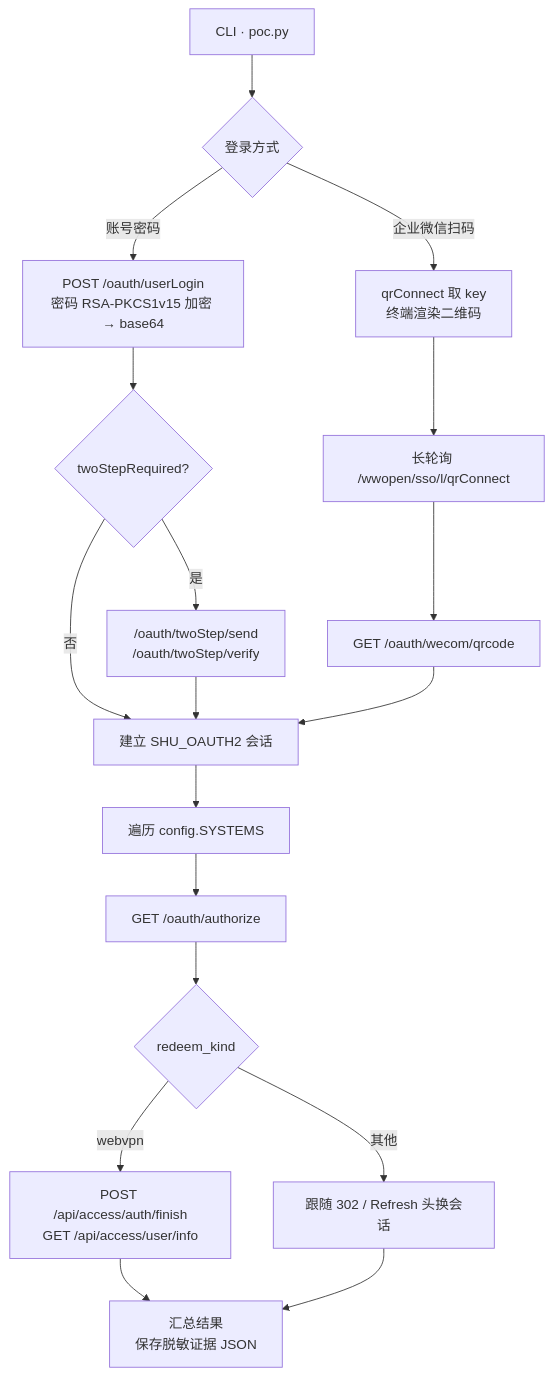
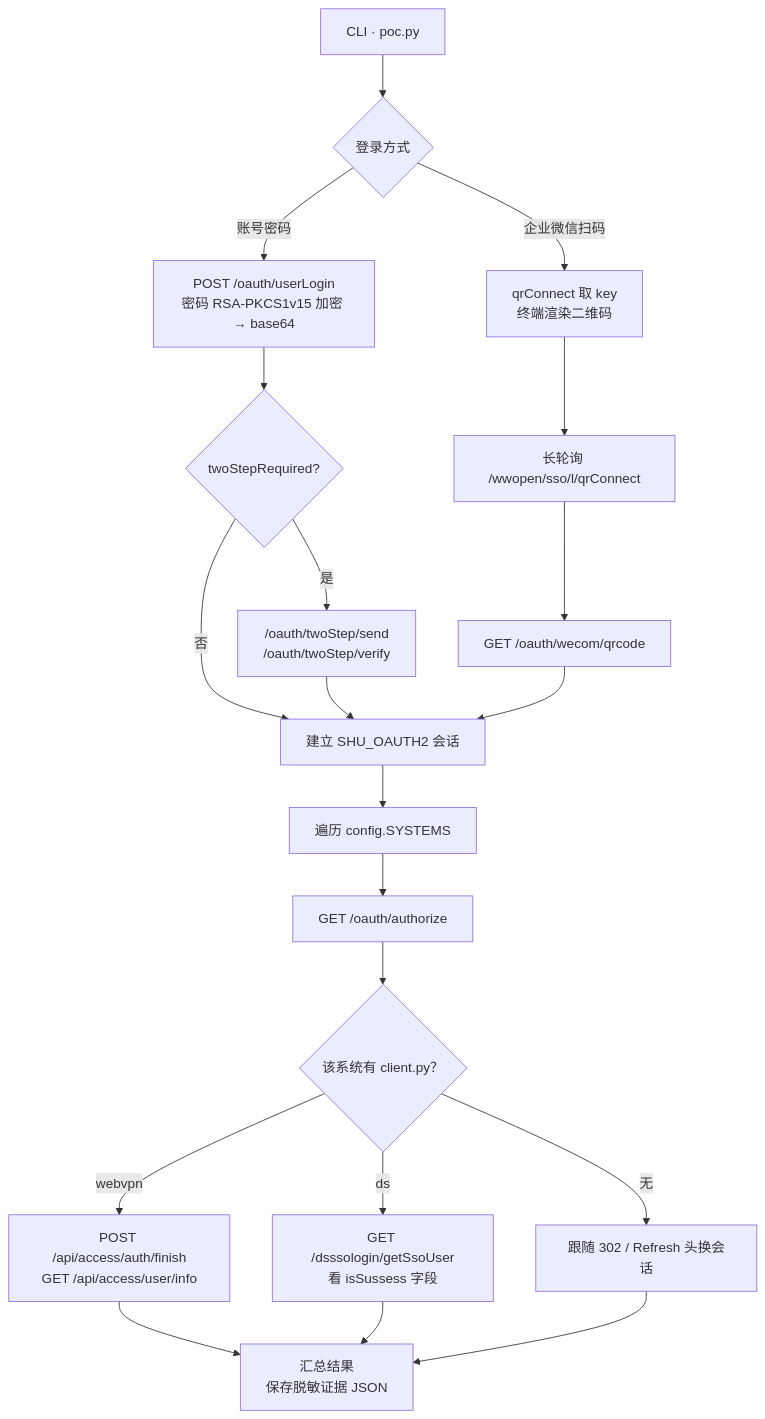
Before and after one commit to preca-hoshino/shu-sso-poc: the diagram in README.md, drawn with Mermaid. The commit also changed other lines of this file, not shown here.

````diff
--- a/README.md
+++ b/README.md
@@ -18,20 +18,22 @@
 ```mermaid
 flowchart TD
     A["CLI · poc.py"] --> B{"登录方式"}
     B -->|账号密码| C["POST /oauth/userLogin<br/>密码 RSA-PKCS1v15 加密 → base64"]
     C --> D{"twoStepRequired?"}
     D -->|是| E["/oauth/twoStep/send<br/>/oauth/twoStep/verify"]
     D -->|否| F["建立 SHU_OAUTH2 会话"]
     E --> F
     B -->|企业微信扫码| G["qrConnect 取 key<br/>终端渲染二维码"]
     G --> H["长轮询 /wwopen/sso/l/qrConnect"]
     H --> I["GET /oauth/wecom/qrcode"]
     I --> F
     F --> J["遍历 config.SYSTEMS"]
     J --> K["GET /oauth/authorize"]
-    K --> L{"redeem_kind"}
+    K --> L{"该系统有 client.py？"}
     L -->|webvpn| M["POST /api/access/auth/finish<br/>GET /api/access/user/info"]
-    L -->|其他| N["跟随 302 / Refresh 头换会话"]
+    L -->|ds| P["GET /dsssologin/getSsoUser<br/>看 isSussess 字段"]
+    L -->|无| N["跟随 302 / Refresh 头换会话"]
     M --> O["汇总结果<br/>保存脱敏证据 JSON"]
+    P --> O
     N --> O
 ```
````
